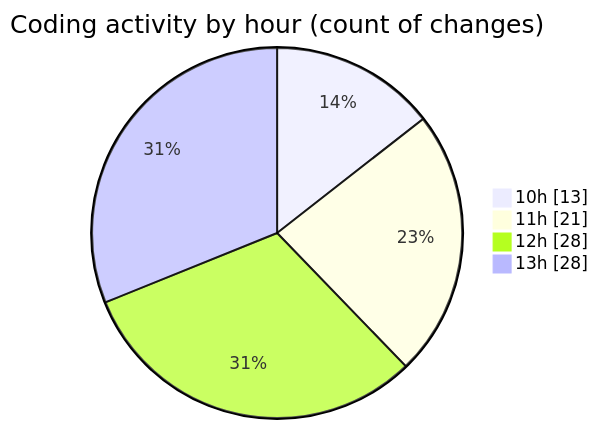
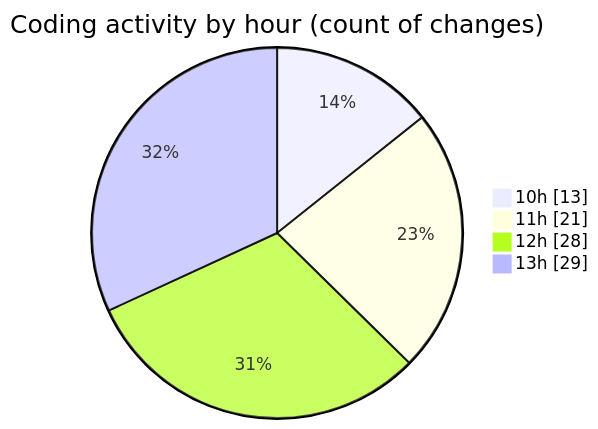
Before and after one commit to momahboobian/code-tracking: the second of 2 diagrams in 2025-06-19/cda/README.md, drawn with Mermaid. The commit also changed other lines of this file and 1 other file, not shown here.

````diff
--- a/2025-06-19/cda/README.md
+++ b/2025-06-19/cda/README.md
@@ -41,8 +41,8 @@
 ```mermaid
 pie showData
 title Coding activity by hour (count of changes)
 "10h" : 13
 "11h" : 21
 "12h" : 28
-"13h" : 28
+"13h" : 29
 ```
````
